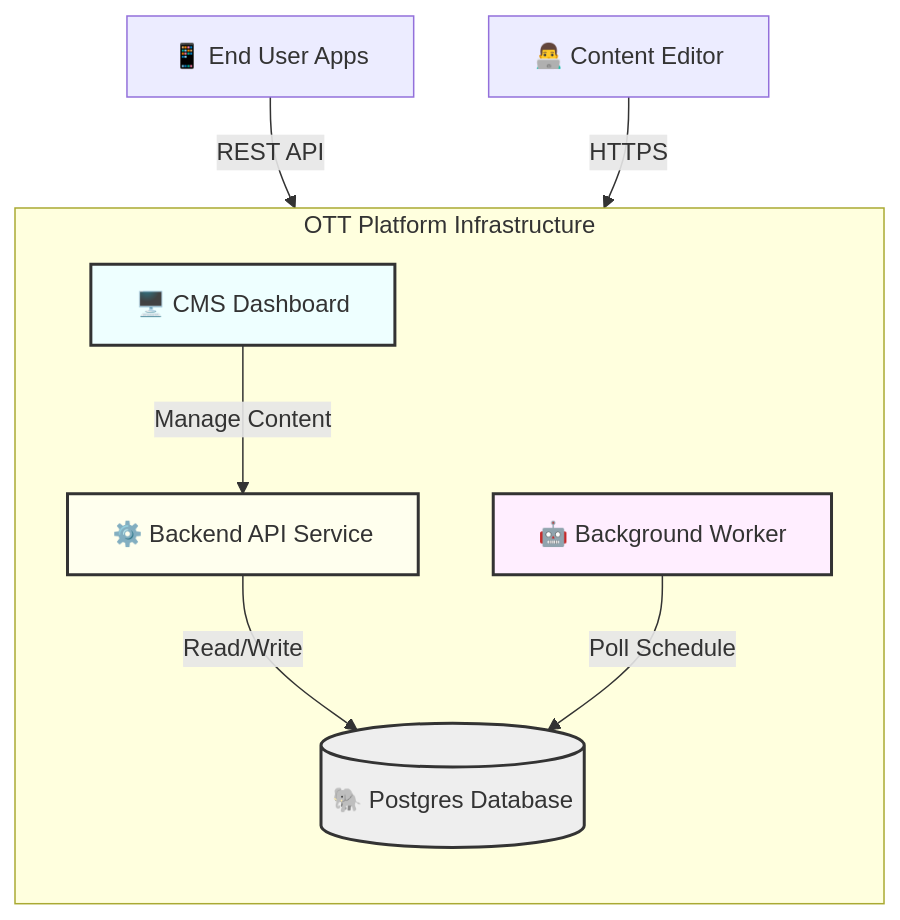
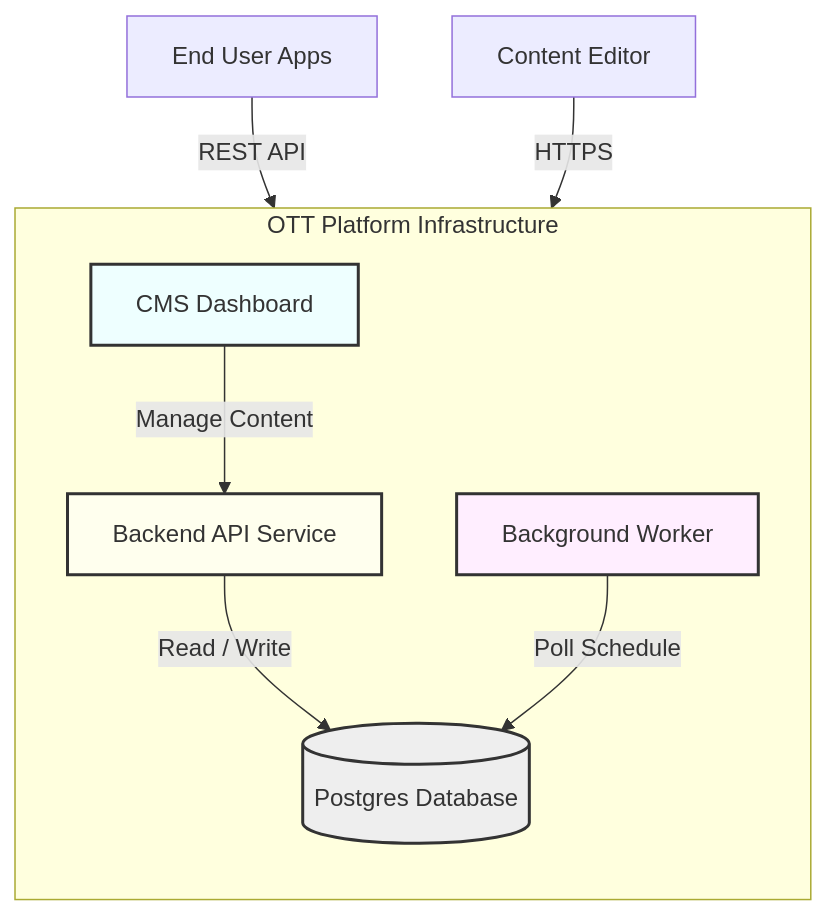
Before and after one commit to yvishwas40/OTT_application: the first of 2 diagrams in README.md, drawn with Mermaid.

Commit message:
Update system diagram in README.md

````diff
--- a/README.md
+++ b/README.md
@@ -35,17 +35,18 @@
 ```mermaid
 graph TD
-    UserClient[📱 End User Apps] -->|REST API| API
-    Admin[👨‍💻 Content Editor] -->|HTTPS| CMS
-    
-    subgraph "OTT Platform Infrastructure"
+    UserClient[End User Apps] -->|REST API| APIService
+    Admin[Content Editor] -->|HTTPS| CMS
+
+    subgraph OTT["OTT Platform Infrastructure"]
         direction TB
-        CMS[🖥️ CMS Dashboard] -->|Manage Content| API[⚙️ Backend API Service]
-        API -->|Read/Write| DB[(🐘 Postgres Database)]
-        Worker[🤖 Background Worker] -->|Poll Schedule| DB
+        CMS[CMS Dashboard] -->|Manage Content| APIService[Backend API Service]
+        APIService -->|Read / Write| DB[(Postgres Database)]
+        Worker[Background Worker] -->|Poll Schedule| DB
     end
 
     style CMS fill:#eff,stroke:#333,stroke-width:2px
-    style API fill:#ffe,stroke:#333,stroke-width:2px
+    style APIService fill:#ffe,stroke:#333,stroke-width:2px
     style Worker fill:#fef,stroke:#333,stroke-width:2px
     style DB fill:#eee,stroke:#333,stroke-width:2px
+
 ```
````
